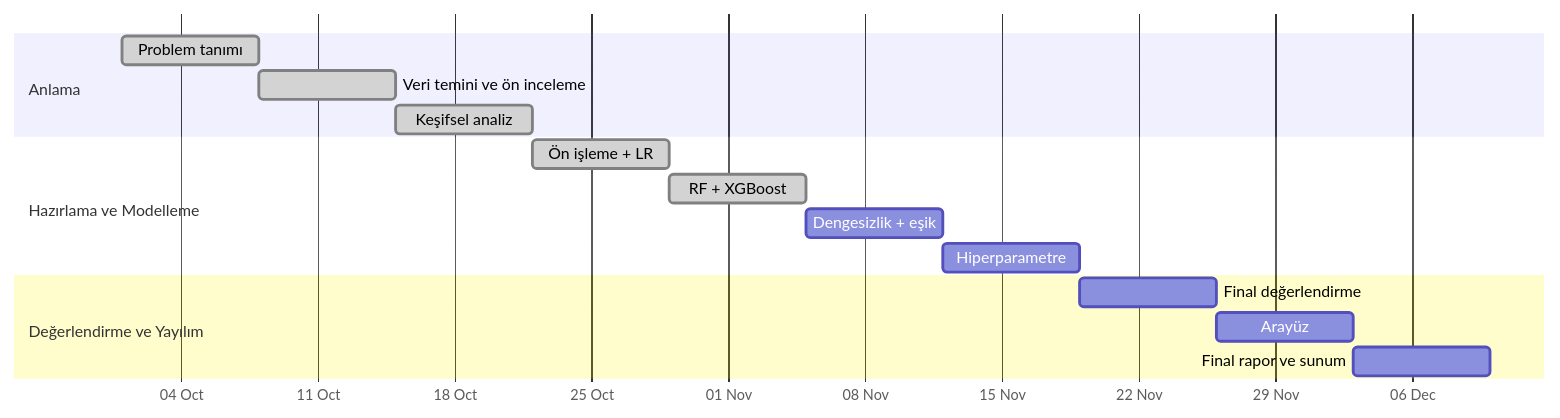
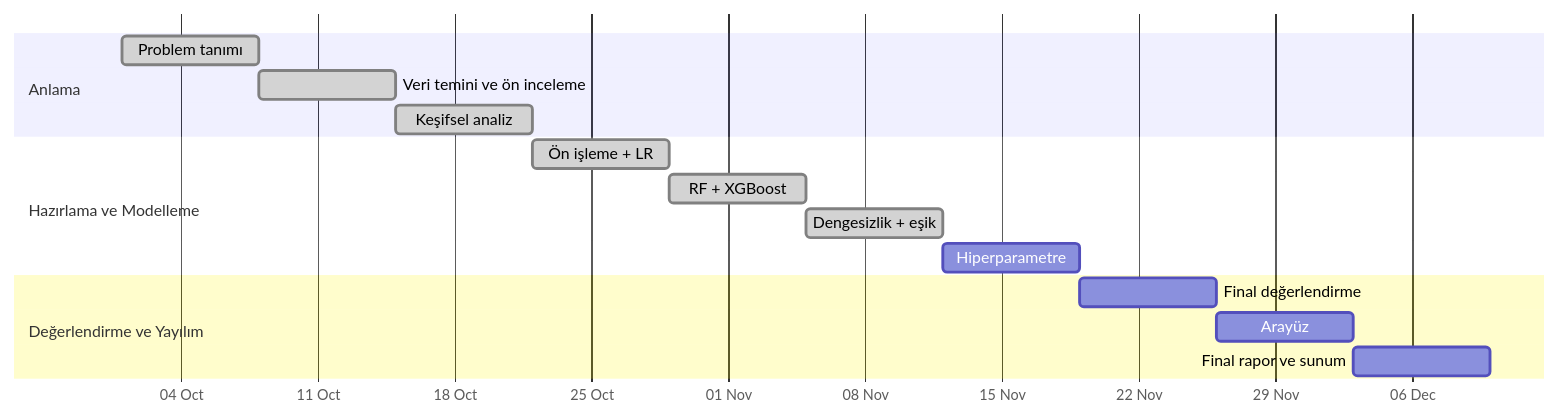
The diagram in docs/yol_haritasi.md (mustafaemre027/bank-predict), drawn with Mermaid before and after one commit. The commit also changed other lines of this file and 2 other files, not shown here.

````diff
--- a/docs/yol_haritasi.md
+++ b/docs/yol_haritasi.md
@@ -21,18 +21,18 @@
 ```mermaid
 gantt
     dateFormat YYYY-MM-DD
     axisFormat %d %b
     section Anlama
     Problem tanımı               :done, h1, 2026-10-01, 7d
     Veri temini ve ön inceleme   :done, h2, after h1, 7d
     Keşifsel analiz              :done, h3, after h2, 7d
     section Hazırlama ve Modelleme
     Ön işleme + LR               :done, h4, after h3, 7d
     RF + XGBoost                 :done, h5, after h4, 7d
-    Dengesizlik + eşik           :h6, after h5, 7d
+    Dengesizlik + eşik           :done, h6, after h5, 7d
     Hiperparametre               :h7, after h6, 7d
     section Değerlendirme ve Yayılım
     Final değerlendirme          :h8, after h7, 7d
     Arayüz                       :h9, after h8, 7d
     Final rapor ve sunum         :h10, after h9, 7d
 ```
````
